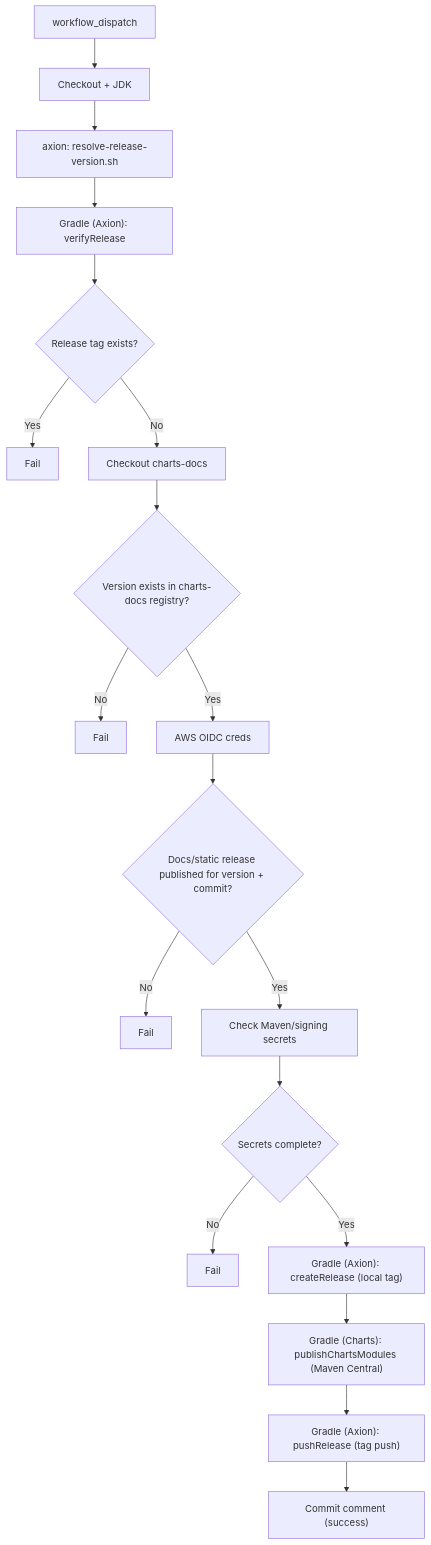
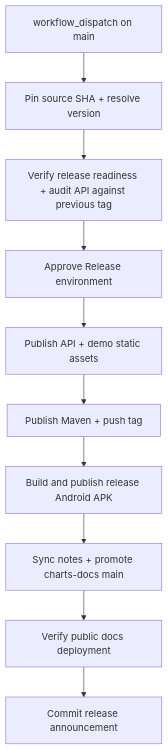
The diagram in docs/release/charts-release.md (HDCharts/charts), drawn with Mermaid before and after one commit. The commit also changed other lines of this file and 41 other files, not shown here.

Commit message:
chore: update charts release automation (#471)

````diff
--- a/docs/release/charts-release.md
+++ b/docs/release/charts-release.md
@@ -5,21 +5,12 @@
 ```mermaid
 flowchart TD
-  A["workflow_dispatch"] --> B["Checkout + JDK"]
-  B --> C["axion: resolve-release-version.sh"]
-  C --> E["Gradle (Axion): verifyRelease"]
-  E --> F{"Release tag exists?"}
-  F -- Yes --> FX["Fail"]
-  F -- No --> G["Checkout charts-docs"]
-  G --> H{"Version exists in charts-docs registry?"}
-  H -- No --> HX["Fail"]
-  H -- Yes --> I["AWS OIDC creds"]
-  I --> J{"Docs/static release published for version + commit?"}
-  J -- No --> JX["Fail"]
-  J -- Yes --> K["Check Maven/signing secrets"]
-  K --> L{"Secrets complete?"}
-  L -- No --> LX["Fail"]
-  L -- Yes --> M["Gradle (Axion): createRelease (local tag)"]
-  M --> N["Gradle (Charts): publishChartsModules (Maven Central)"]
-  N --> O["Gradle (Axion): pushRelease (tag push)"]
-  O --> P["Commit comment (success)"]
+  A["workflow_dispatch on main"] --> B["Pin source SHA + resolve version"]
+  B --> C["Verify release readiness + audit API against previous tag"]
+  C --> D["Approve Release environment"]
+  D --> E["Publish API + demo static assets"]
+  E --> F["Publish Maven + push tag"]
+  F --> G["Build and publish release Android APK"]
+  G --> H["Sync notes + promote charts-docs main"]
+  H --> I["Verify public docs deployment"]
+  I --> J["Commit release announcement"]
 ```
````
